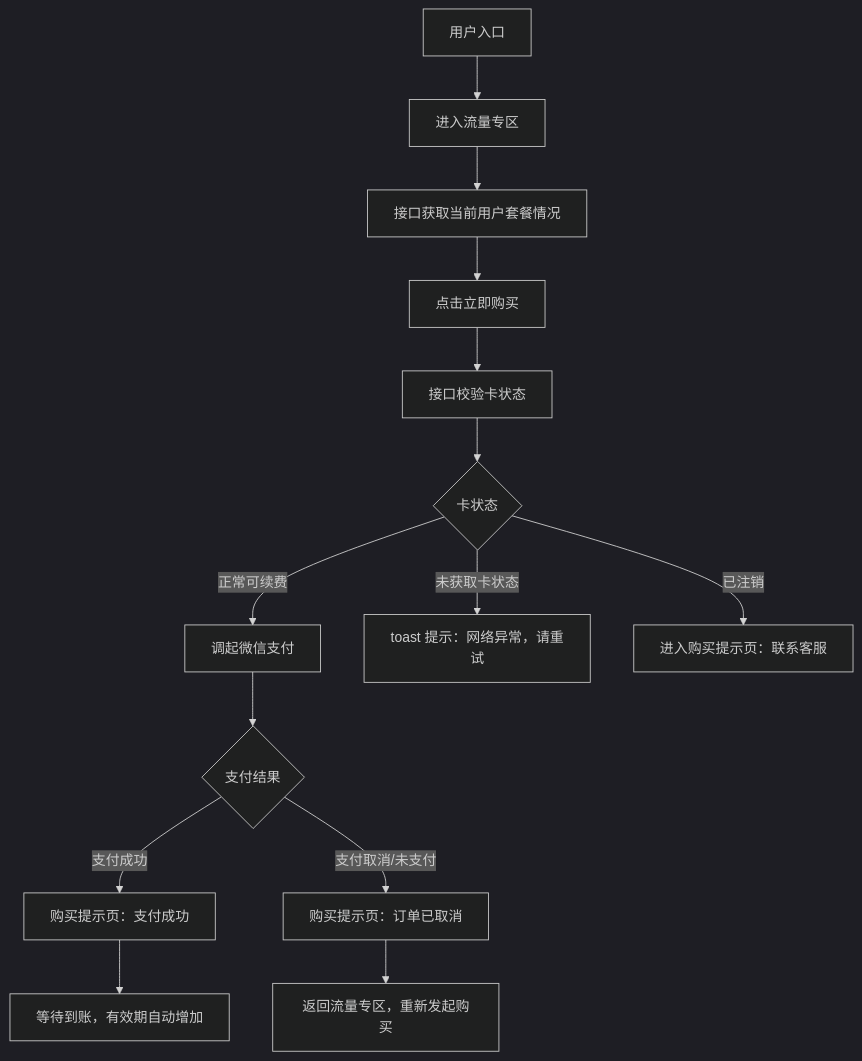
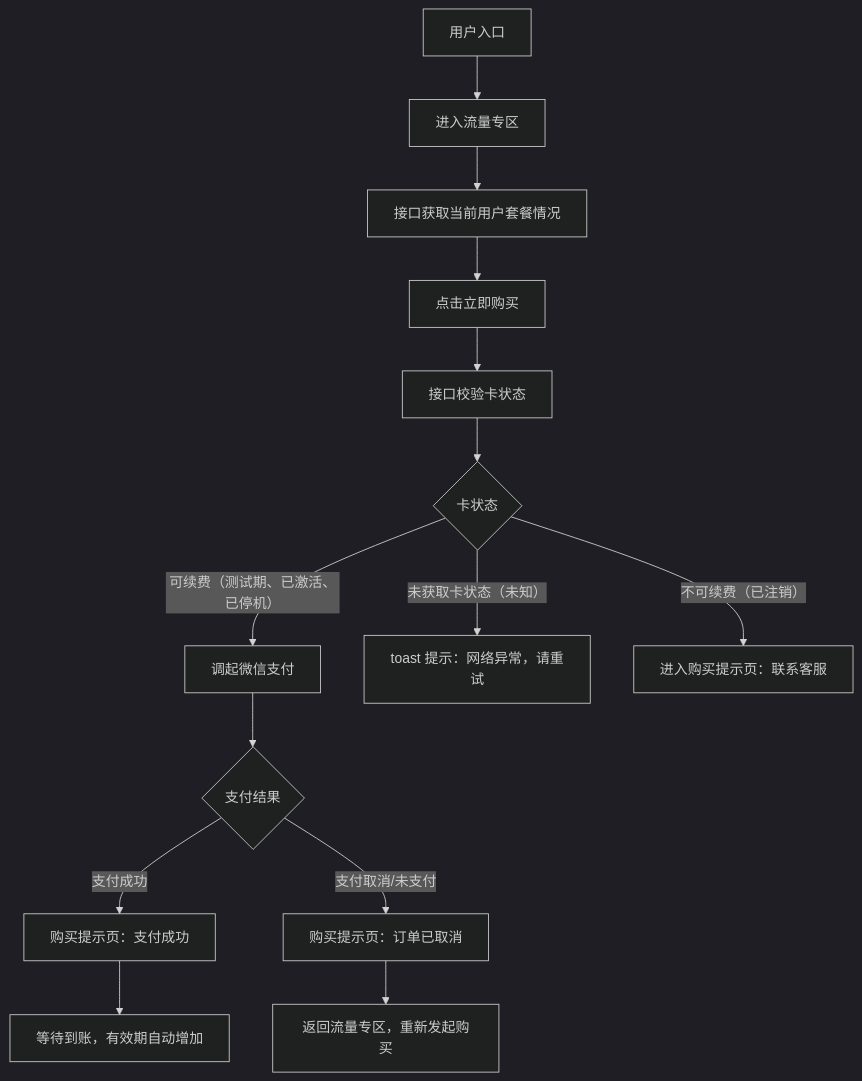
The first of 4 diagrams in 购买流量+AI算力功能需求.md (nicoxu32/4g-data-traffic-demo), drawn with Mermaid (dark theme) before and after one commit. The commit also changed other lines of this file, not shown here.

Commit message:
Update renewal unavailable support flow

````diff
--- a/购买流量+AI算力功能需求.md
+++ b/购买流量+AI算力功能需求.md
@@ -124,16 +124,16 @@
 ```mermaid
 flowchart TD
   A["用户入口"] --> B["进入流量专区"]
   B --> C["接口获取当前用户套餐情况"]
   C --> D["点击立即购买"]
   D --> E["接口校验卡状态"]
   E --> F{"卡状态"}
-  F -->|正常可续费| G["调起微信支付"]
-  F -->|未获取卡状态| H["toast 提示：网络异常，请重试"]
-  F -->|已注销| I["进入购买提示页：联系客服"]
+  F -->|可续费（测试期、已激活、已停机）| G["调起微信支付"]
+  F -->|未获取卡状态（未知）| H["toast 提示：网络异常，请重试"]
+  F -->|不可续费（已注销）| I["进入购买提示页：联系客服"]
   G --> J{"支付结果"}
   J -->|支付成功| K["购买提示页：支付成功"]
   J -->|支付取消/未支付| L["购买提示页：订单已取消"]
   K --> M["等待到账，有效期自动增加"]
   L --> N["返回流量专区，重新发起购买"]
 ```
````
